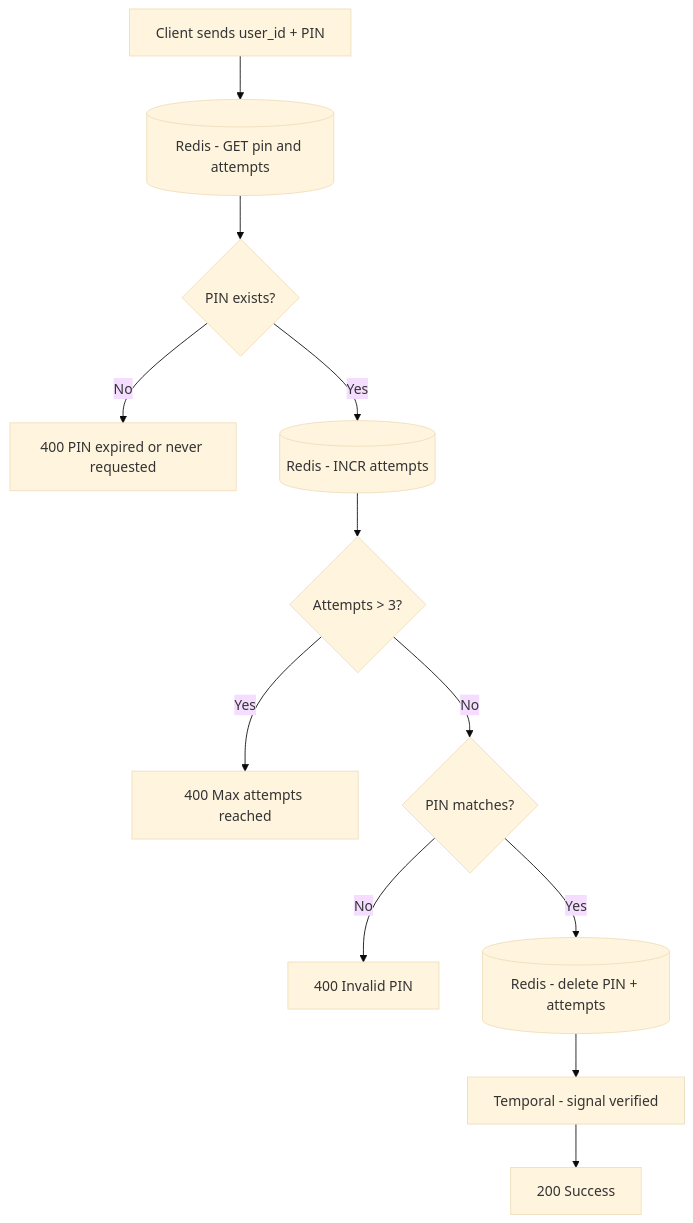
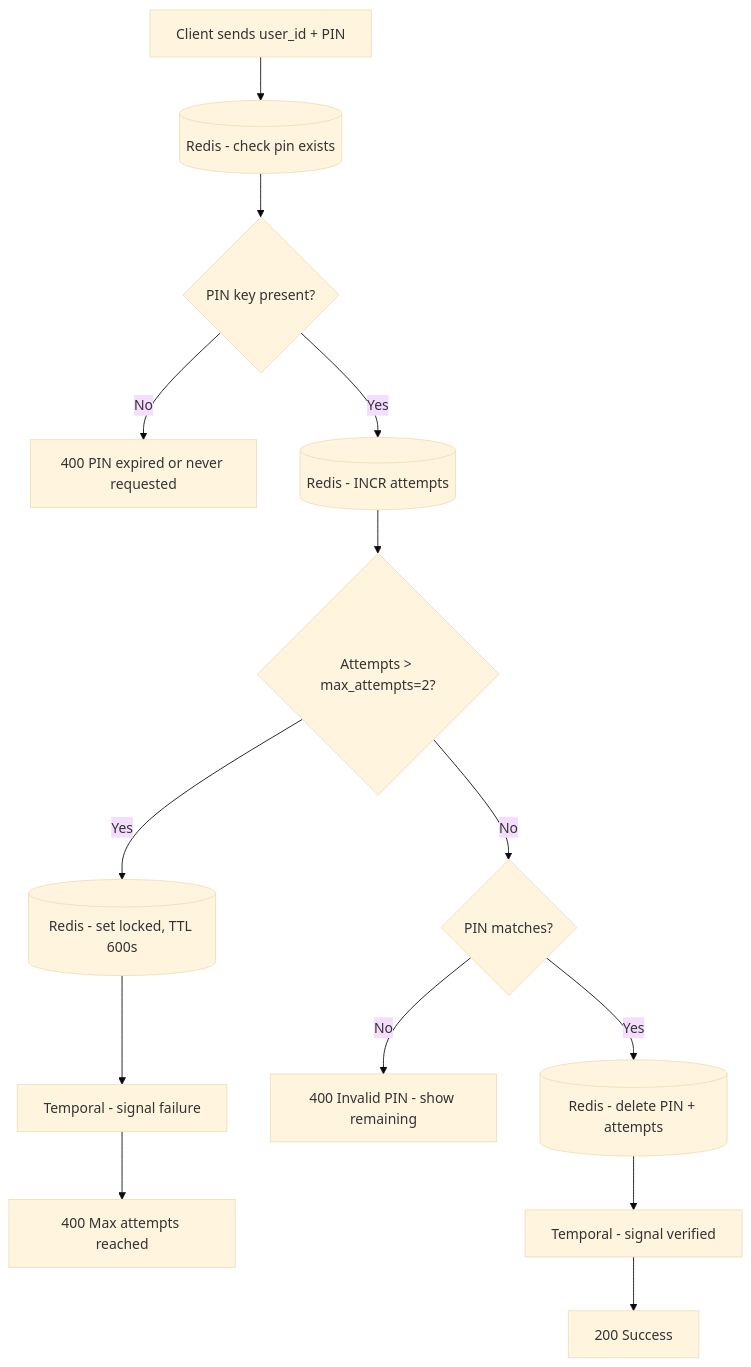
The third of 5 diagrams in docs/architecture.md (muhammadhussnainsaeed/bootcamp-2026-mfa-gate), drawn with Mermaid (base theme) before and after one commit. The commit also changed other lines of this file and 1 other file, not shown here.

````diff
--- a/docs/architecture.md
+++ b/docs/architecture.md
@@ -56,14 +59,16 @@
 ```mermaid
 flowchart TD
-    S1[Client sends user_id + PIN] --> S2[(Redis - GET pin and attempts)]
-    S2 --> S3{PIN exists?}
+    S1[Client sends user_id + PIN] --> S2[(Redis - check pin exists)]
+    S2 --> S3{PIN key present?}
     S3 -- No --> S4[400 PIN expired or never requested]
     S3 -- Yes --> S5[(Redis - INCR attempts)]
-    S5 --> S6{Attempts > 3?}
-    S6 -- Yes --> S7[400 Max attempts reached]
-    S6 -- No --> S8{PIN matches?}
-    S8 -- No --> S9[400 Invalid PIN]
-    S8 -- Yes --> S10[(Redis - delete PIN + attempts)]
-    S10 --> S11[Temporal - signal verified]
-    S11 --> S12[200 Success]
+    S5 --> S6{Attempts > max_attempts=2?}
+    S6 -- Yes --> S7[(Redis - set locked, TTL 600s)]
+    S7 --> S8[Temporal - signal failure]
+    S8 --> S9[400 Max attempts reached]
+    S6 -- No --> S10{PIN matches?}
+    S10 -- No --> S11[400 Invalid PIN - show remaining]
+    S10 -- Yes --> S12[(Redis - delete PIN + attempts)]
+    S12 --> S13[Temporal - signal verified]
+    S13 --> S14[200 Success]
 ```
````
